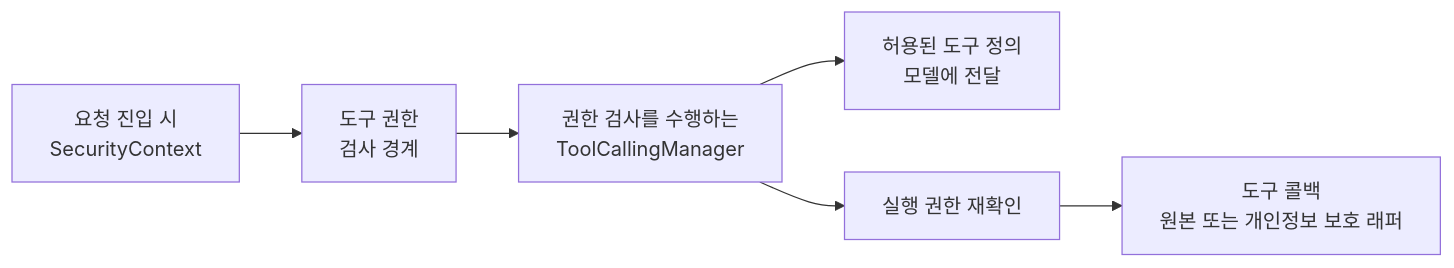
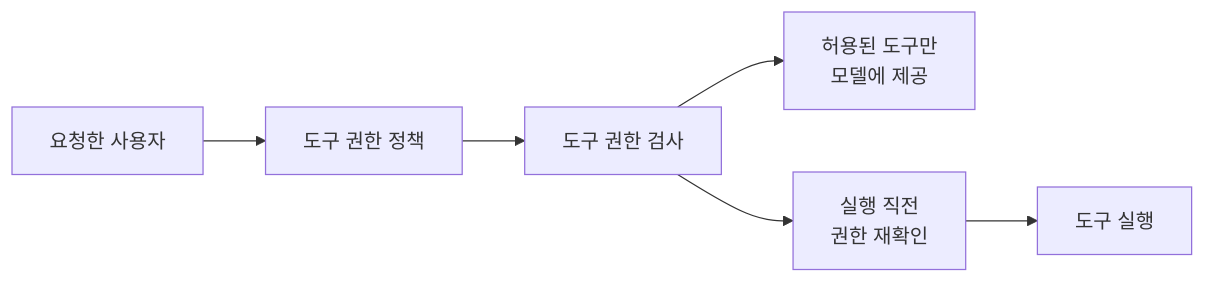
The fourth of 4 diagrams in docs/ko/architecture.md (ultramancode/spring-ai-privacy-guardrails), drawn with Mermaid before and after one commit. The commit also changed other lines of this file and 21 other files, not shown here.

````diff
--- a/docs/ko/architecture.md
+++ b/docs/ko/architecture.md
@@ -238,8 +236,8 @@
 ```mermaid
 flowchart LR
-    A["요청 진입 시<br/>SecurityContext"] --> B["도구 권한<br/>검사 경계"]
-    B --> D["권한 검사를 수행하는<br/>ToolCallingManager"]
-    D --> E["허용된 도구 정의<br/>모델에 전달"]
-    D --> F["실행 권한 재확인"]
-    F --> G["도구 콜백<br/>원본 또는 개인정보 보호 래퍼"]
+    A["요청한 사용자"] --> B["도구 권한 정책"]
+    B --> D["도구 권한 검사"]
+    D --> E["허용된 도구만<br/>모델에 제공"]
+    D --> F["실행 직전<br/>권한 재확인"]
+    F --> G["도구 실행"]
 ```
````
